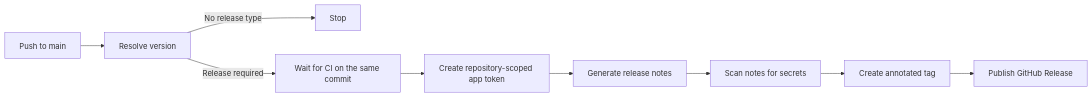
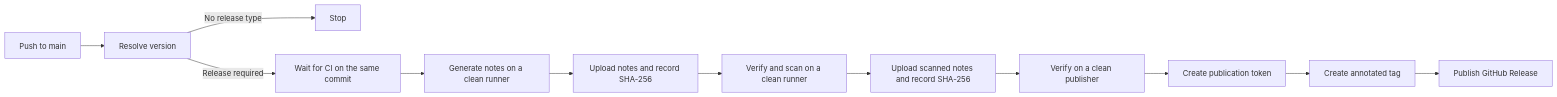
Before and after one commit to vexcalibur-dev/vexcalibur-action: the diagram in docs/how-to/release-action.md, drawn with Mermaid. The commit also changed other lines of this file and 10 other files, not shown here.

````diff
--- a/docs/how-to/release-action.md
+++ b/docs/how-to/release-action.md
@@ -34,11 +35,14 @@
 ```mermaid
 flowchart LR
     Push[Push to main] --> Resolve[Resolve version]
     Resolve -->|No release type| Stop[Stop]
     Resolve -->|Release required| CI[Wait for CI on the same commit]
-    CI --> Token[Create repository-scoped app token]
-    Token --> Notes[Generate release notes]
-    Notes --> Scan[Scan notes for secrets]
-    Scan --> Tag[Create annotated tag]
+    CI --> Notes[Generate notes on a clean runner]
+    Notes --> Generated[Upload notes and record SHA-256]
+    Generated --> Scan[Verify and scan on a clean runner]
+    Scan --> Scanned[Upload scanned notes and record SHA-256]
+    Scanned --> Verify[Verify on a clean publisher]
+    Verify --> Token[Create publication token]
+    Token --> Tag[Create annotated tag]
     Tag --> Release[Publish GitHub Release]
 ```
````
